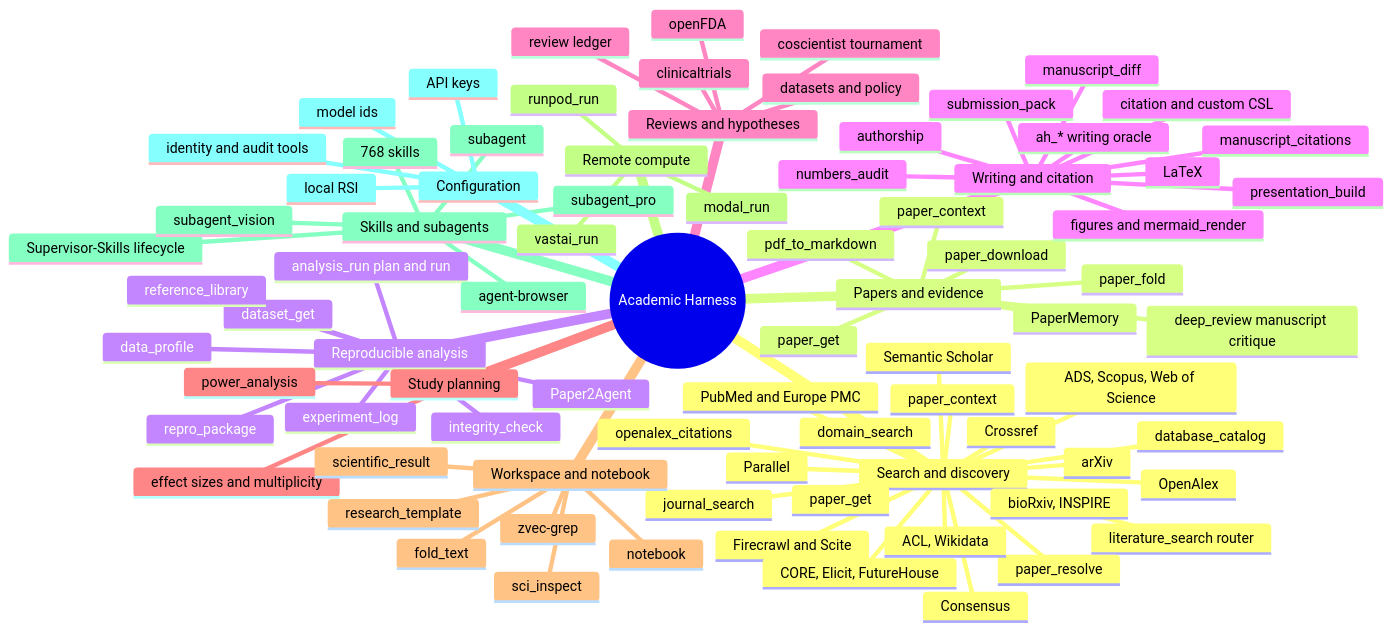
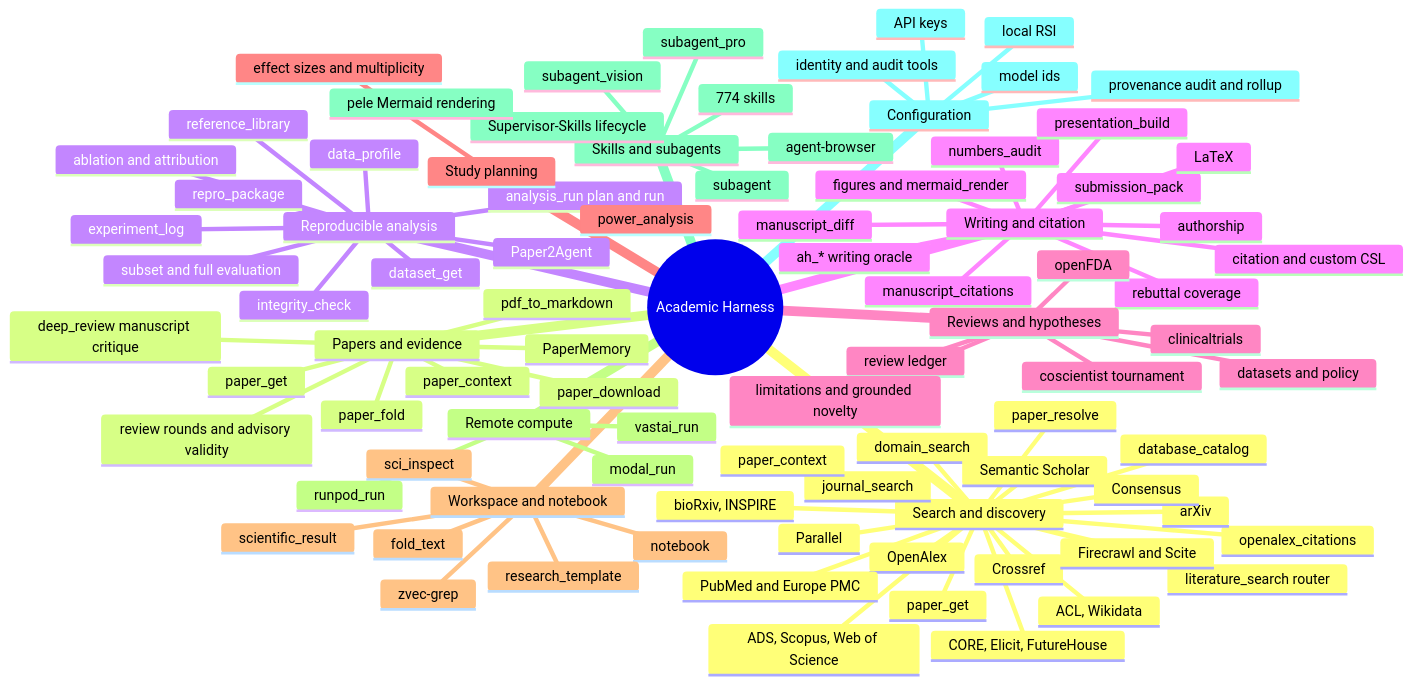
Before and after one commit to raktim-mondol/academic-harness: the diagram in docs/diagrams/capability-map.mmd, drawn with Mermaid. The commit also changed 118 other files, not shown here.

```diff
--- a/docs/diagrams/capability-map.mmd
+++ b/docs/diagrams/capability-map.mmd
@@ -1,83 +1,90 @@
 mindmap
   root((Academic Harness))
     Search and discovery
       literature_search router
       journal_search
       paper_get
       paper_context
       paper_resolve
       openalex_citations
       database_catalog
       domain_search
       OpenAlex
       Semantic Scholar
       PubMed and Europe PMC
       arXiv
       Crossref
       bioRxiv, INSPIRE
       ADS, Scopus, Web of Science
       ACL, Wikidata
       Consensus
       Parallel
       Firecrawl and Scite
       CORE, Elicit, FutureHouse
     Papers and evidence
       paper_get
       paper_context
       paper_download
       paper_fold
       pdf_to_markdown
       deep_review manuscript critique
+      review rounds and advisory validity
       PaperMemory
     Reproducible analysis
       analysis_run plan and run
       experiment_log
+      subset and full evaluation
+      ablation and attribution
       dataset_get
       data_profile
       repro_package
       reference_library
       integrity_check
       Paper2Agent
     Writing and citation
       ah_* writing oracle
       citation and custom CSL
       manuscript_citations
       submission_pack
       manuscript_diff
+      rebuttal coverage
       numbers_audit
       presentation_build
       authorship
       LaTeX
       figures and mermaid_render
     Reviews and hypotheses
       review ledger
       coscientist tournament
+      limitations and grounded novelty
       clinicaltrials
       openFDA
       datasets and policy
     Study planning
       power_analysis
       effect sizes and multiplicity
     Workspace and notebook
       zvec-grep
       notebook
       scientific_result
       fold_text
       sci_inspect
       research_template
     Remote compute
       modal_run
       runpod_run
       vastai_run
     Skills and subagents
-      768 skills
+      774 skills
       Supervisor-Skills lifecycle
       agent-browser
+      pele Mermaid rendering
       subagent
       subagent_pro
       subagent_vision
     Configuration
       API keys
       model ids
       identity and audit tools
+      provenance audit and rollup
       local RSI
```
